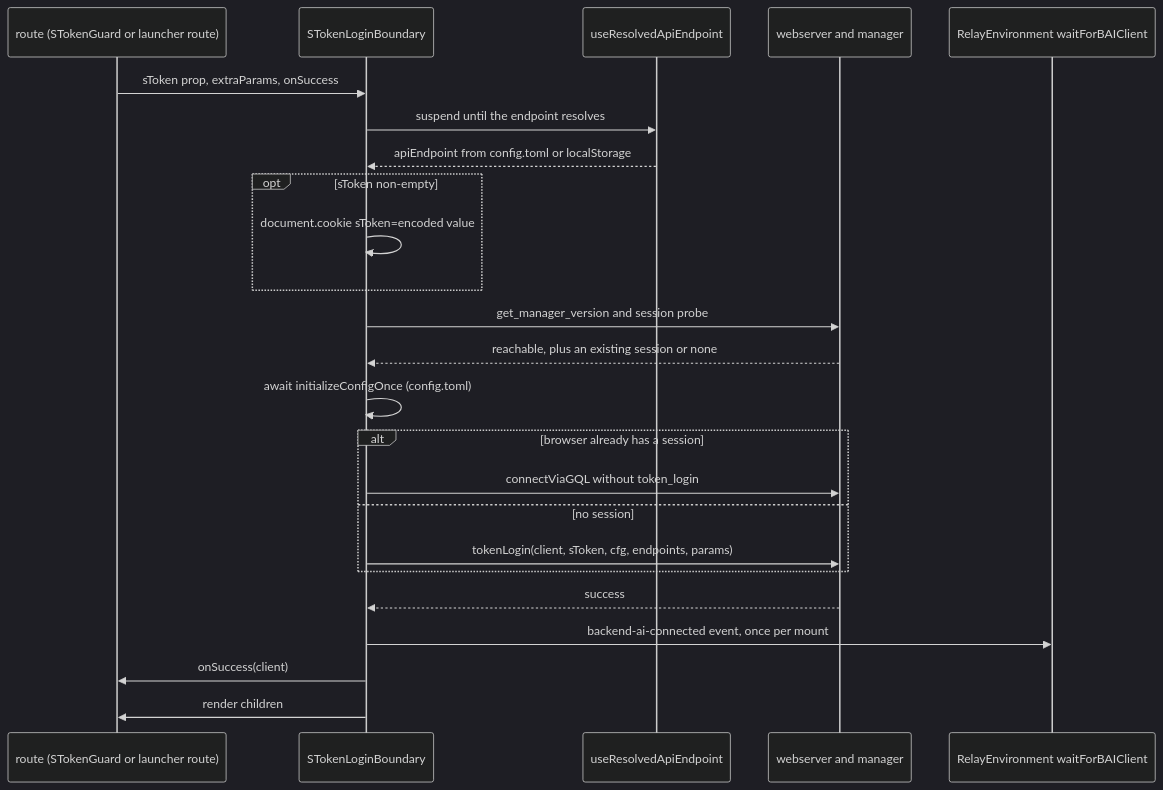
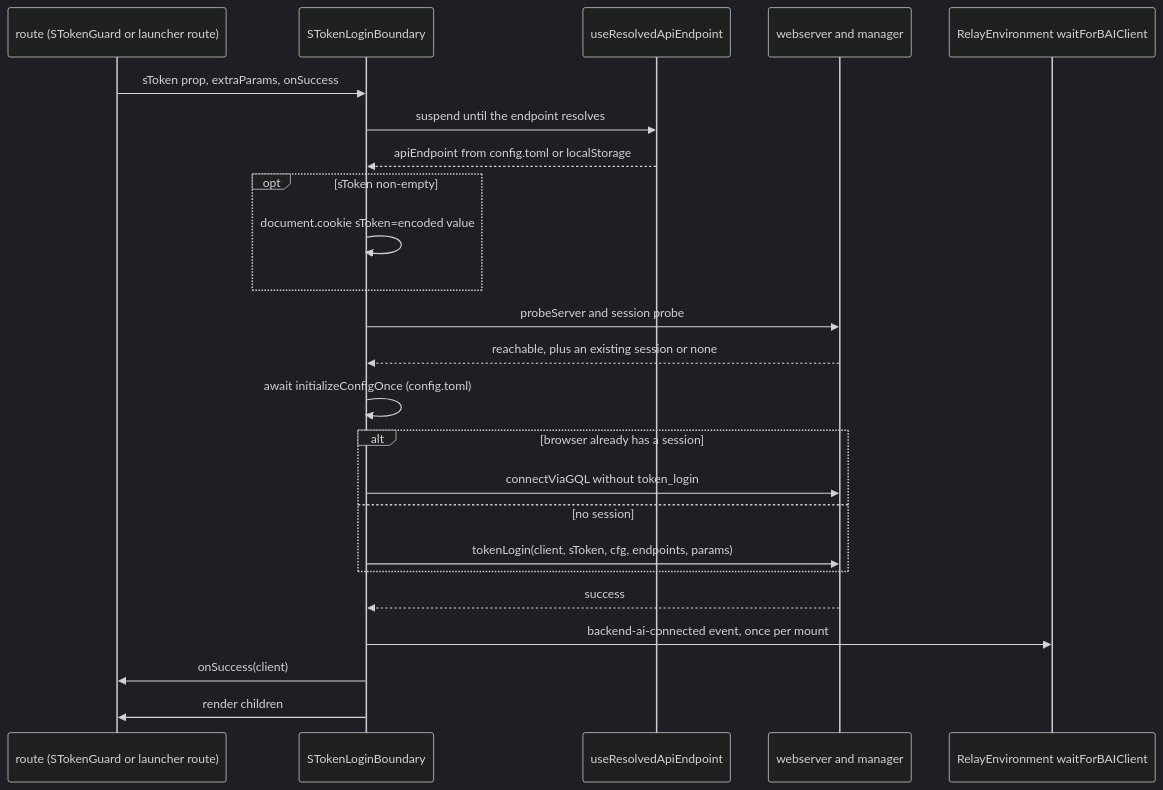
The second of 2 diagrams in docs/adr/0022-stoken-login-boundary-for-token-url-entry-points.md (lablup/backend.ai-webui), drawn with Mermaid (dark theme) before and after one commit. The commit also changed other lines of this file and 17 other files, not shown here.

First line of the commit message:
fix(#10994): probe /func/health before login and read the version after

````diff
--- a/docs/adr/0022-stoken-login-boundary-for-token-url-entry-points.md
+++ b/docs/adr/0022-stoken-login-boundary-for-token-url-entry-points.md
@@ -50,26 +50,26 @@
 ```mermaid
 sequenceDiagram
   participant Route as route (STokenGuard or launcher route)
   participant B as STokenLoginBoundary
   participant E as useResolvedApiEndpoint
   participant S as webserver and manager
   participant R as RelayEnvironment waitForBAIClient
   Route->>B: sToken prop, extraParams, onSuccess
   B->>E: suspend until the endpoint resolves
   E-->>B: apiEndpoint from config.toml or localStorage
   opt sToken non-empty
     B->>B: document.cookie sToken=encoded value
   end
-  B->>S: get_manager_version and session probe
+  B->>S: probeServer and session probe
   S-->>B: reachable, plus an existing session or none
   B->>B: await initializeConfigOnce (config.toml)
   alt browser already has a session
     B->>S: connectViaGQL without token_login
   else no session
     B->>S: tokenLogin(client, sToken, cfg, endpoints, params)
   end
   S-->>B: success
   B->>R: backend-ai-connected event, once per mount
   B->>Route: onSuccess(client)
   B->>Route: render children
 ```
````
